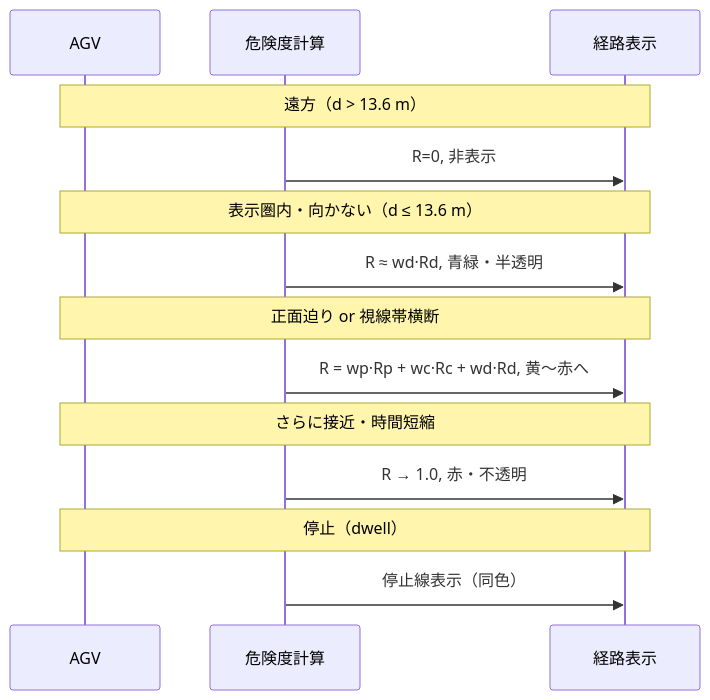
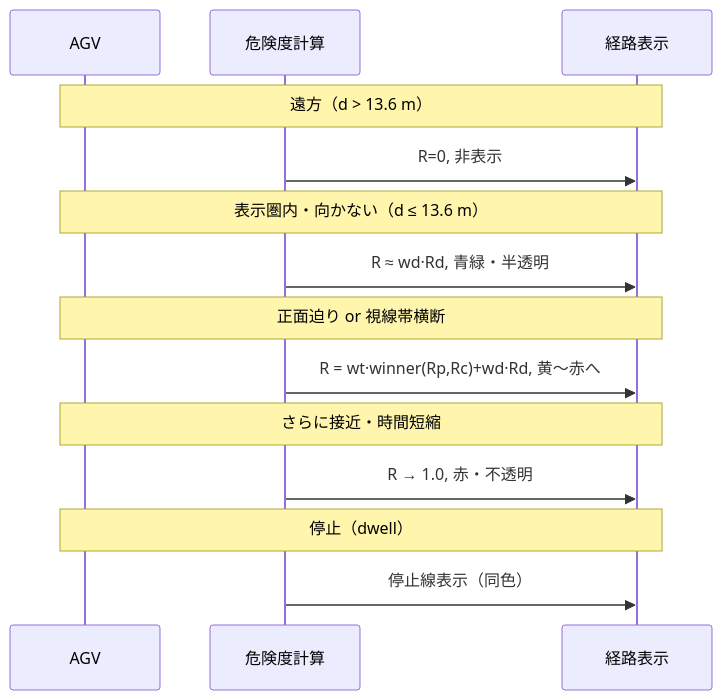
One commit to shoto-11/HRI-Robot changed the second of 2 diagrams in 提案書類.md. Above: the diagram before and after it, drawn with Mermaid. The commit also changed other lines of this file and 19 other files, not shown here.

Commit message:
Prefer front y-axis crossings in graph path TTC; fuse R as winner(Rp,Rc).

````diff
--- a/提案書類.md
+++ b/提案書類.md
@@ -265,21 +271,21 @@
 ```mermaid
 sequenceDiagram
     participant AGV as AGV
     participant VRC as 危険度計算
     participant Vis as 経路表示
 
     Note over AGV,Vis: 遠方（d > 13.6 m）
     VRC->>Vis: R=0, 非表示
 
     Note over AGV,Vis: 表示圏内・向かない（d ≤ 13.6 m）
     VRC->>Vis: R ≈ wd·Rd, 青緑・半透明
 
     Note over AGV,Vis: 正面迫り or 視線帯横断
-    VRC->>Vis: R = wp·Rp + wc·Rc + wd·Rd, 黄〜赤へ
+    VRC->>Vis: R = wt·winner(Rp,Rc)+wd·Rd, 黄〜赤へ
 
     Note over AGV,Vis: さらに接近・時間短縮
     VRC->>Vis: R → 1.0, 赤・不透明
 
     Note over AGV,Vis: 停止（dwell）
     VRC->>Vis: 停止線表示（同色）
 ```
````
